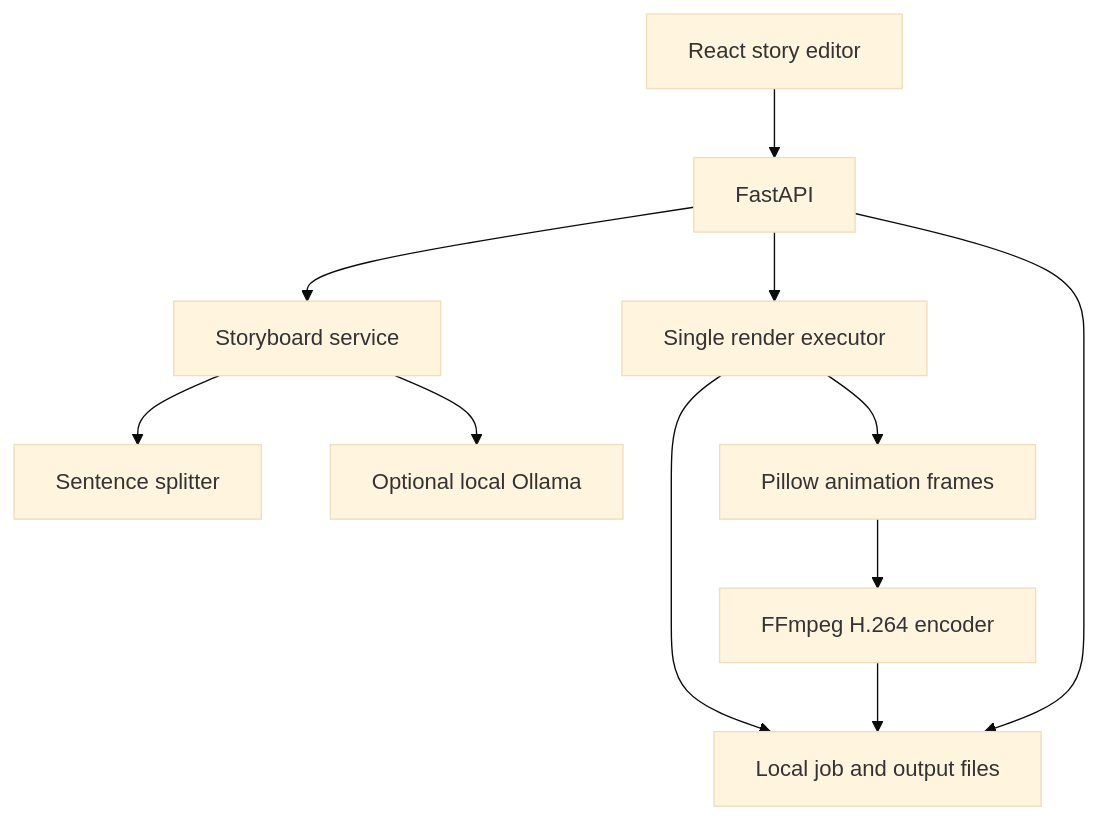
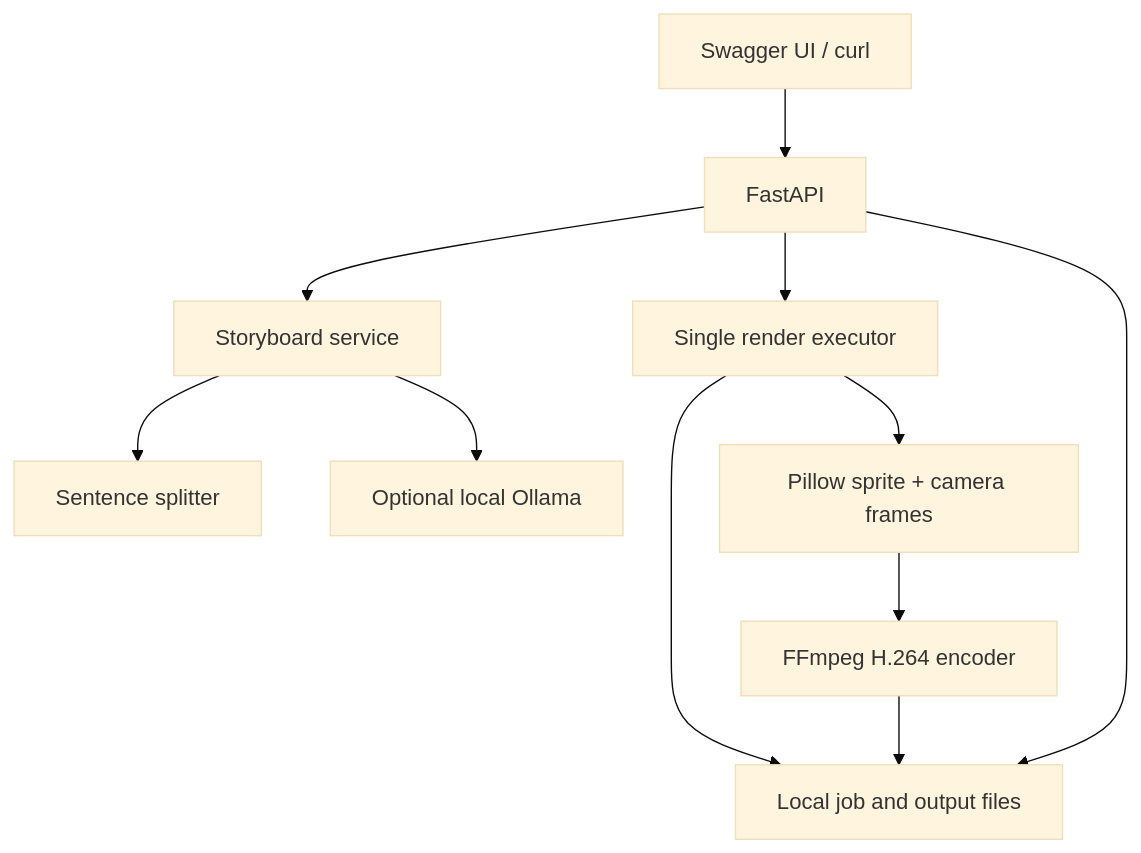
Before and after one commit to dinsan/cartoon-studio: the diagram in README.md, drawn with Mermaid (base theme). The commit also changed other lines of this file and 5 other files, not shown here.

````diff
--- a/README.md
+++ b/README.md
@@ -55,13 +78,13 @@
 ```mermaid
 flowchart TD
-  UI[React story editor] --> API[FastAPI]
+  UI[Swagger UI / curl] --> API[FastAPI]
   API --> PLAN[Storyboard service]
   PLAN --> DEMO[Sentence splitter]
   PLAN --> LLM[Optional local Ollama]
   API --> JOB[Single render executor]
-  JOB --> DRAW[Pillow animation frames]
+  JOB --> DRAW[Pillow sprite + camera frames]
   DRAW --> ENCODE[FFmpeg H.264 encoder]
   JOB --> DISK[Local job and output files]
   ENCODE --> DISK
   API --> DISK
 ```
````
